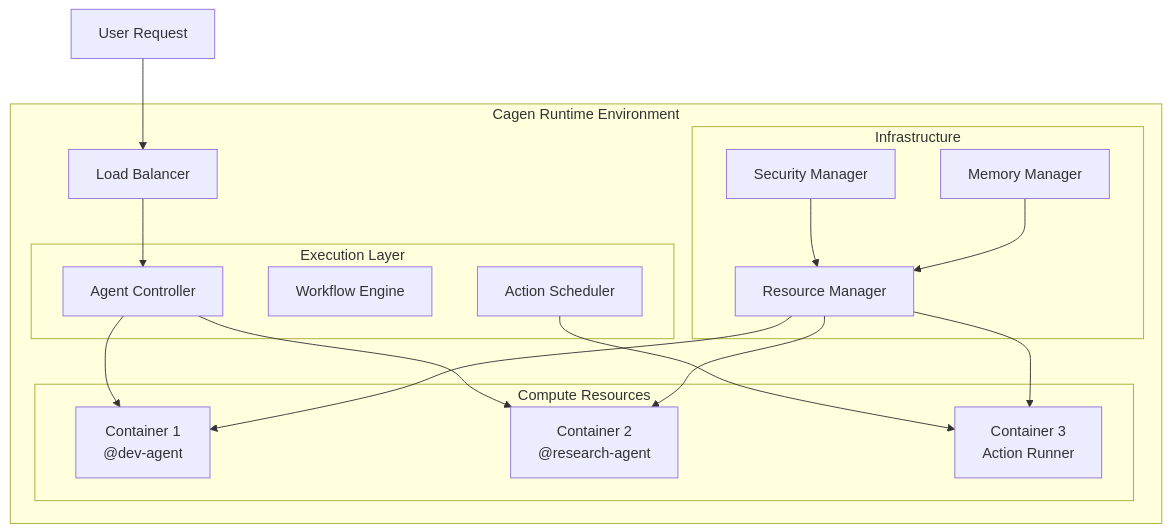
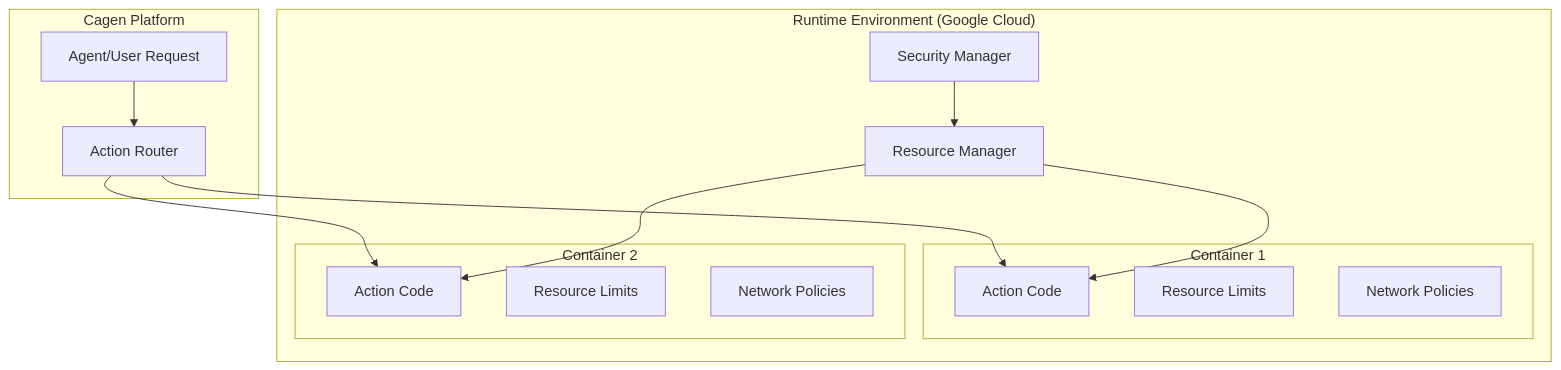
Before and after one commit to ZhouYimao/mintlify-docs: the diagram in reference/system/runtime-environment.mdx, drawn with Mermaid. The commit also changed other lines of this file and 17 other files, not shown here.

````diff
--- a/reference/system/runtime-environment.mdx
+++ b/reference/system/runtime-environment.mdx
@@ -43,37 +71,31 @@
 ```mermaid
 graph TB
-    subgraph "Cagen Runtime Environment"
-        LB[Load Balancer]
-        
-        subgraph "Execution Layer"
-            AC[Agent Controller]
-            WE[Workflow Engine]
-            AS[Action Scheduler]
+    subgraph "Cagen Platform"
+        Agent[Agent/User Request]
+        AR[Action Router]
+    end
+    
+    subgraph "Runtime Environment (Google Cloud)"
+        subgraph "Container 1"
+            AC1[Action Code]
+            RL1[Resource Limits]
+            NP1[Network Policies]
         end
         
-        subgraph "Compute Resources"
-            C1[Container 1<br/>@dev-agent]
-            C2[Container 2<br/>@research-agent]
-            C3[Container 3<br/>Action Runner]
+        subgraph "Container 2"
+            AC2[Action Code]
+            RL2[Resource Limits]
+            NP2[Network Policies]
         end
         
-        subgraph "Infrastructure"
-            RM[Resource Manager]
-            SM[Security Manager]
-            MM[Memory Manager]
-        end
+        SM[Security Manager]
+        RM[Resource Manager]
     end
     
-    User[User Request] --> LB
-    LB --> AC
-    AC --> C1
-    AC --> C2
-    AS --> C3
-    
-    RM --> C1
-    RM --> C2
-    RM --> C3
-    
+    Agent --> AR
+    AR --> AC1
+    AR --> AC2
     SM --> RM
-    MM --> RM
+    RM --> AC1
+    RM --> AC2
 ```
````
